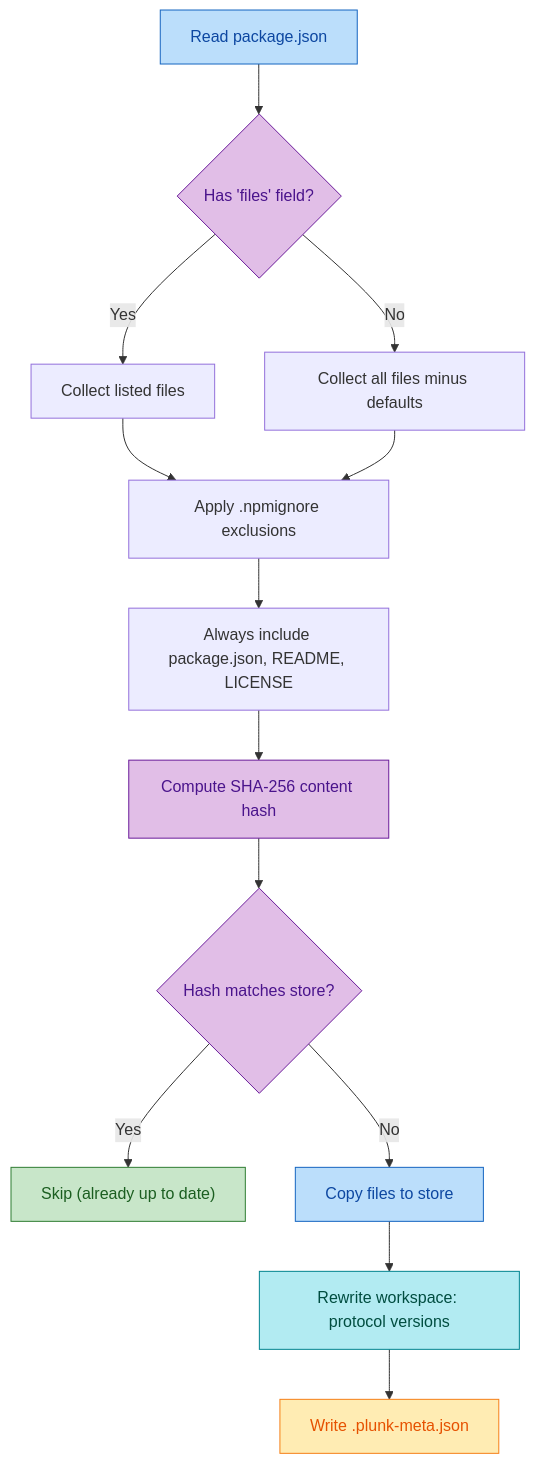
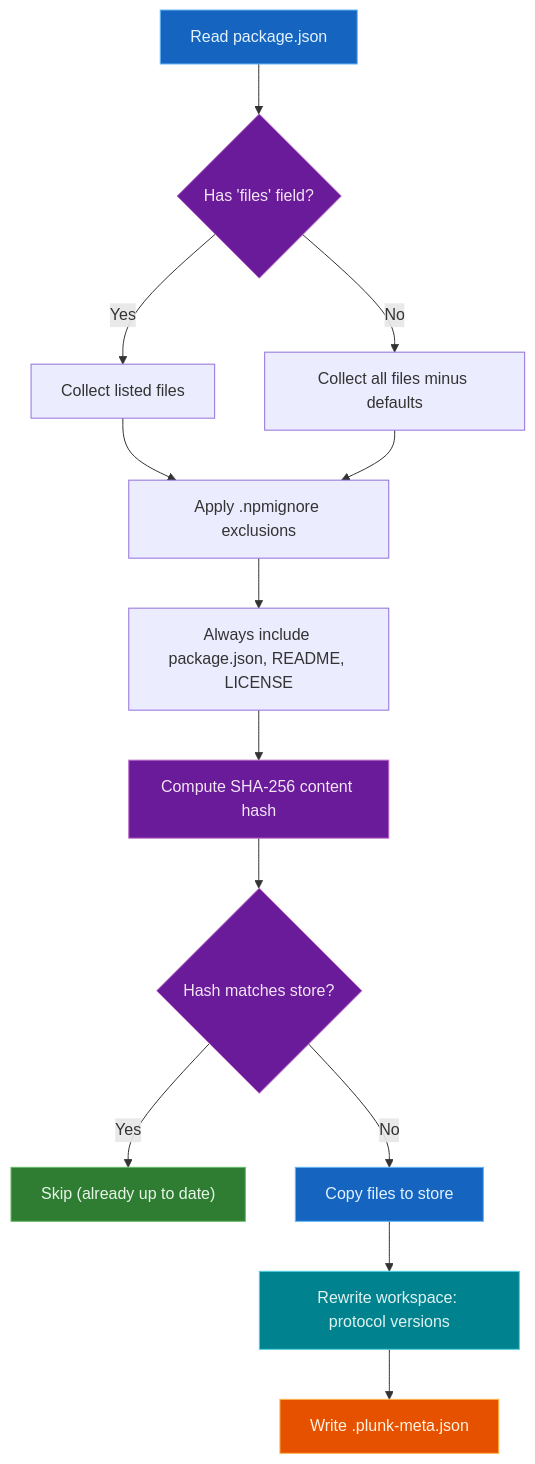
One commit to oleg-kuibar/plunk changed the second of 5 diagrams in docs/how-it-works.md. Above: the diagram before and after it, drawn with Mermaid. The commit also changed other lines of this file and 5 other files, not shown here.

First line of the commit message:
docs: use dark-fill mermaid colors for dark-themed UI readability

````diff
--- a/docs/how-it-works.md
+++ b/docs/how-it-works.md
@@ -73,24 +73,24 @@
 ```mermaid
 flowchart TD
     A[Read package.json] --> B{Has 'files' field?}
     B -- Yes --> C[Collect listed files]
     B -- No --> D[Collect all files minus defaults]
     C --> E[Apply .npmignore exclusions]
     D --> E
     E --> F[Always include package.json, README, LICENSE]
     F --> G[Compute SHA-256 content hash]
     G --> H{Hash matches store?}
     H -- Yes --> I["Skip (already up to date)"]
     H -- No --> J[Copy files to store]
     J --> K[Rewrite workspace: protocol versions]
     K --> L[Write .plunk-meta.json]
 
-    style A fill:#bbdefb,stroke:#1565c0,color:#0d47a1
-    style B fill:#e1bee7,stroke:#6a1b9a,color:#4a148c
-    style G fill:#e1bee7,stroke:#6a1b9a,color:#4a148c
-    style H fill:#e1bee7,stroke:#6a1b9a,color:#4a148c
-    style I fill:#c8e6c9,stroke:#2e7d32,color:#1b5e20
-    style J fill:#bbdefb,stroke:#1565c0,color:#0d47a1
-    style K fill:#b2ebf2,stroke:#00838f,color:#004d40
-    style L fill:#ffecb3,stroke:#f57f17,color:#e65100
+    style A fill:#1565c0,stroke:#64b5f6,color:#e3f2fd
+    style B fill:#6a1b9a,stroke:#ba68c8,color:#f3e5f5
+    style G fill:#6a1b9a,stroke:#ba68c8,color:#f3e5f5
+    style H fill:#6a1b9a,stroke:#ba68c8,color:#f3e5f5
+    style I fill:#2e7d32,stroke:#66bb6a,color:#e8f5e9
+    style J fill:#1565c0,stroke:#64b5f6,color:#e3f2fd
+    style K fill:#00838f,stroke:#4dd0e1,color:#e0f2f1
+    style L fill:#e65100,stroke:#ffb74d,color:#fff3e0
 ```
````
